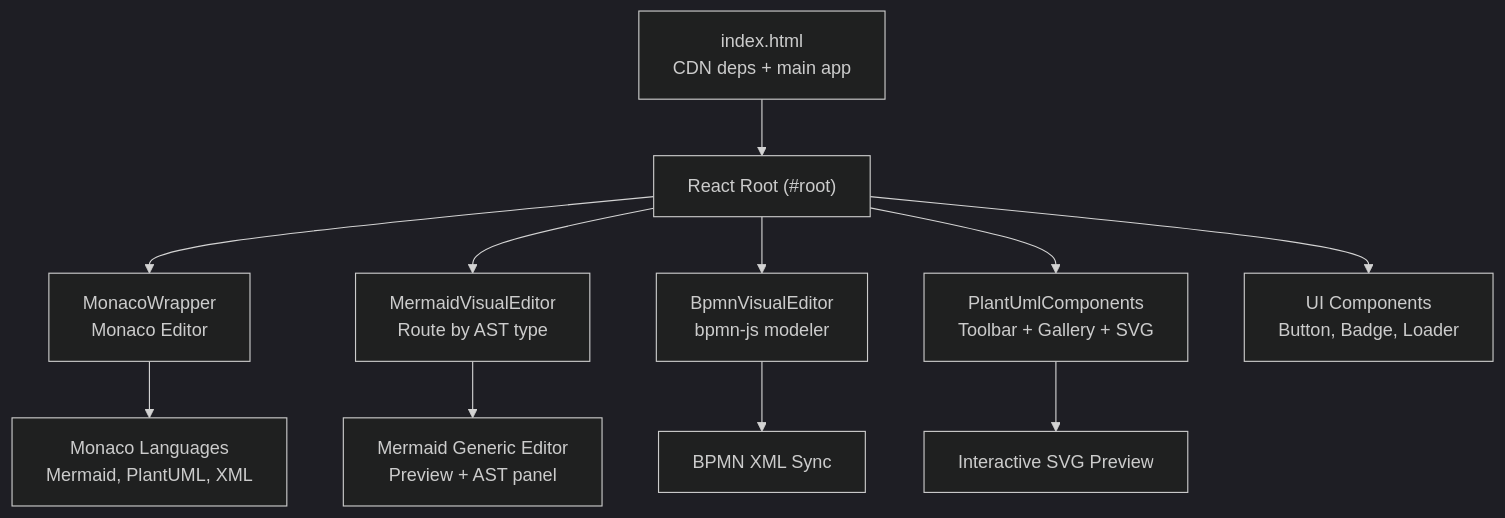
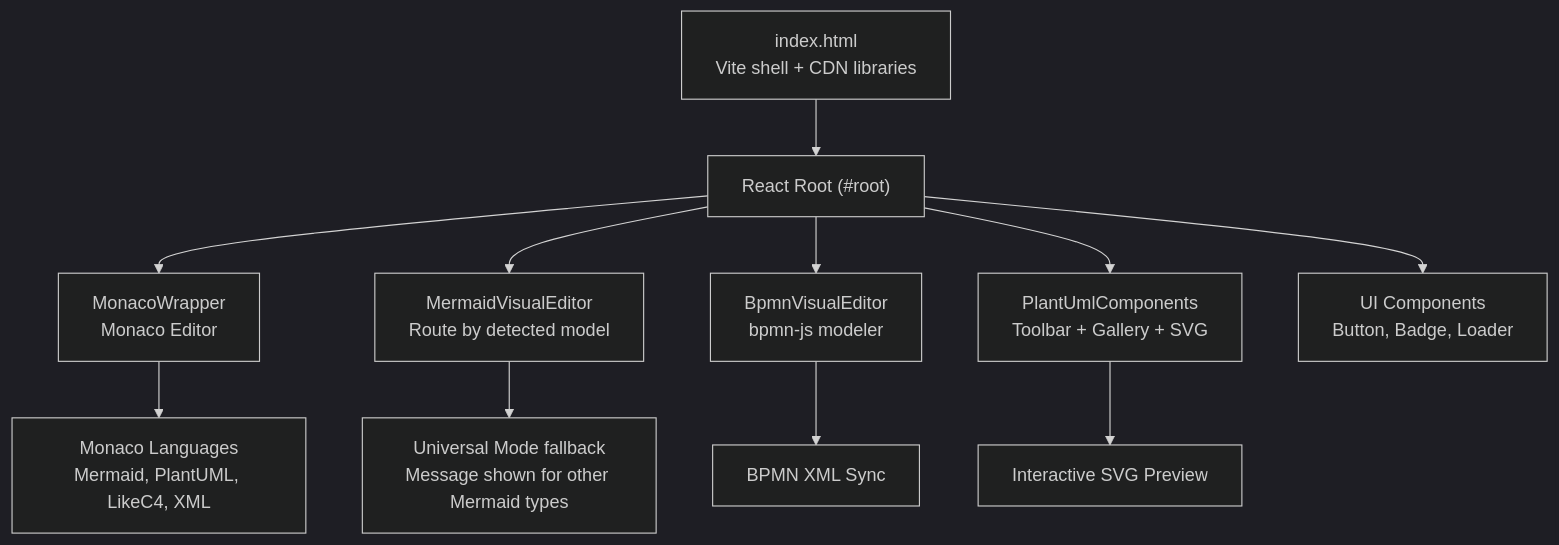
Before and after one commit to ongchonghian/universal-diagram-editor: the first of 4 diagrams in .qoder/repowiki/en/content/Getting Started.md, drawn with Mermaid (dark theme). The commit also changed other lines of this file and 31 other files, not shown here.

````diff
--- a/.qoder/repowiki/en/content/Getting Started.md
+++ b/.qoder/repowiki/en/content/Getting Started.md
@@ -45,13 +43,13 @@
 ```mermaid
 graph TB
-A["index.html<br/>CDN deps + main app"] --> B["React Root (#root)"]
+A["index.html<br/>Vite shell + CDN libraries"] --> B["React Root (#root)"]
 B --> C["MonacoWrapper<br/>Monaco Editor"]
-B --> D["MermaidVisualEditor<br/>Route by AST type"]
+B --> D["MermaidVisualEditor<br/>Route by detected model"]
 B --> E["BpmnVisualEditor<br/>bpmn-js modeler"]
 B --> F["PlantUmlComponents<br/>Toolbar + Gallery + SVG"]
 B --> G["UI Components<br/>Button, Badge, Loader"]
-C --> H["Monaco Languages<br/>Mermaid, PlantUML, XML"]
-D --> I["Mermaid Generic Editor<br/>Preview + AST panel"]
+C --> H["Monaco Languages<br/>Mermaid, PlantUML, LikeC4, XML"]
+D --> I["Universal Mode fallback<br/>Message shown for other Mermaid types"]
 E --> J["BPMN XML Sync"]
 F --> K["Interactive SVG Preview"]
 ```
````
